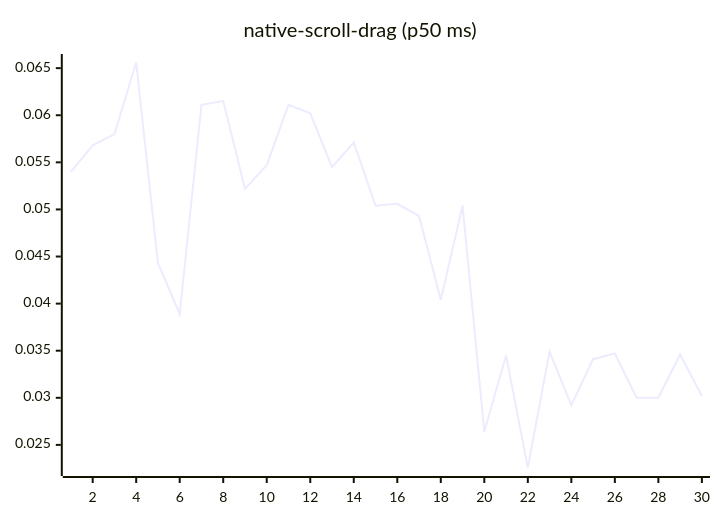
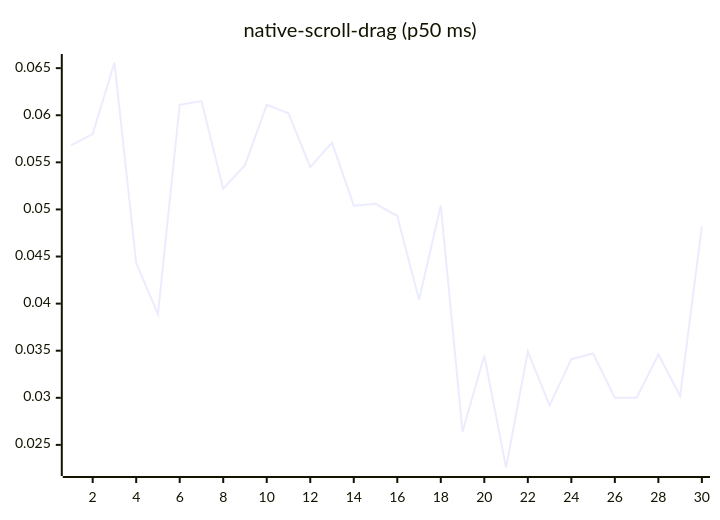
One commit to josha/Facet changed diagram 14 of 27 in README.md. Above: the diagram before and after it, drawn with Mermaid. The commit also changed other lines of this file and 2 other files, not shown here.

````diff
--- a/README.md
+++ b/README.md
@@ -154,6 +154,6 @@
 ```mermaid
 xychart-beta
     title "native-scroll-drag (p50 ms)"
     x-axis 1 --> 30
-    line [0.0540, 0.0568, 0.0580, 0.0656, 0.0443, 0.0389, 0.0611, 0.0615, 0.0522, 0.0547, 0.0611, 0.0602, 0.0545, 0.0571, 0.0504, 0.0506, 0.0493, 0.0404, 0.0504, 0.0264, 0.0345, 0.0226, 0.0349, 0.0292, 0.0341, 0.0347, 0.0300, 0.0300, 0.0346, 0.0302]
+    line [0.0568, 0.0580, 0.0656, 0.0443, 0.0389, 0.0611, 0.0615, 0.0522, 0.0547, 0.0611, 0.0602, 0.0545, 0.0571, 0.0504, 0.0506, 0.0493, 0.0404, 0.0504, 0.0264, 0.0345, 0.0226, 0.0349, 0.0292, 0.0341, 0.0347, 0.0300, 0.0300, 0.0346, 0.0302, 0.0482]
 ```
````
